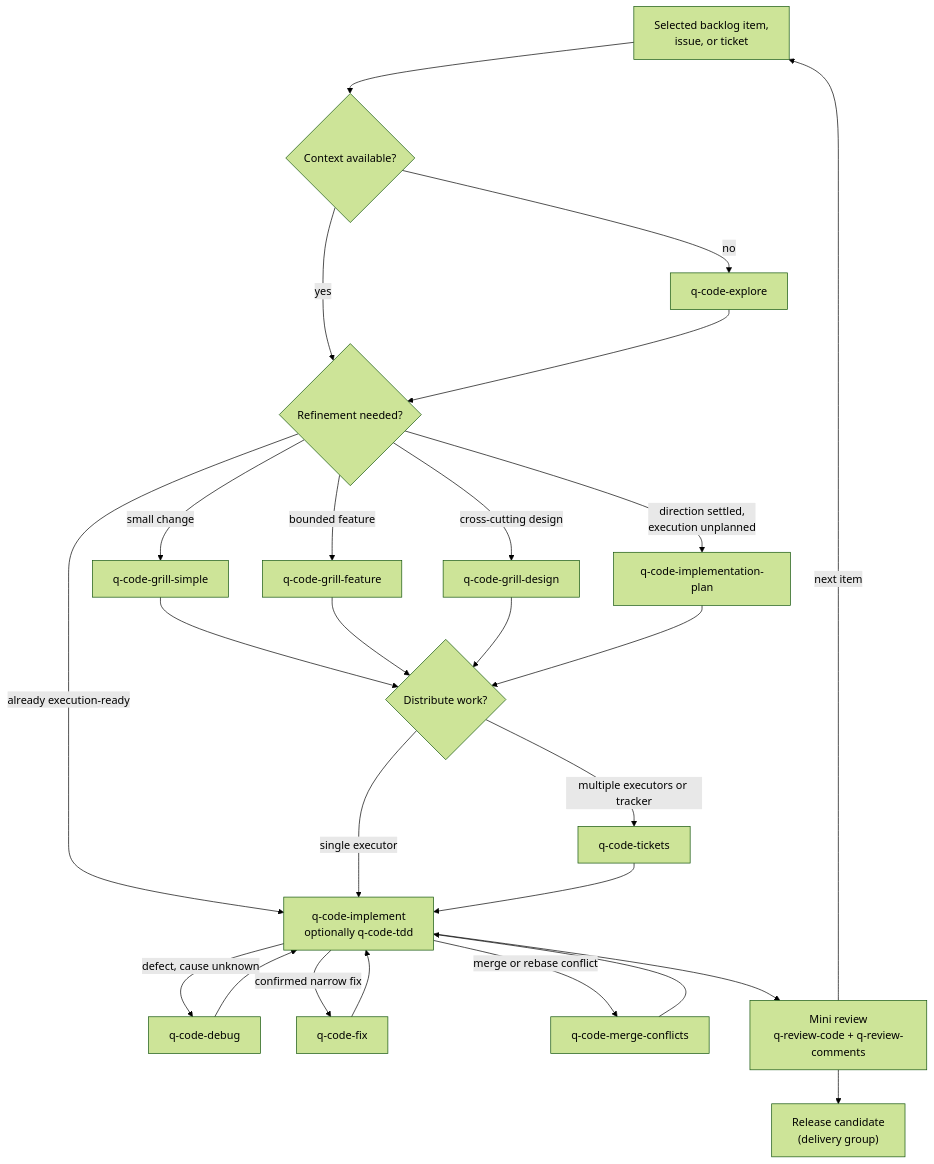
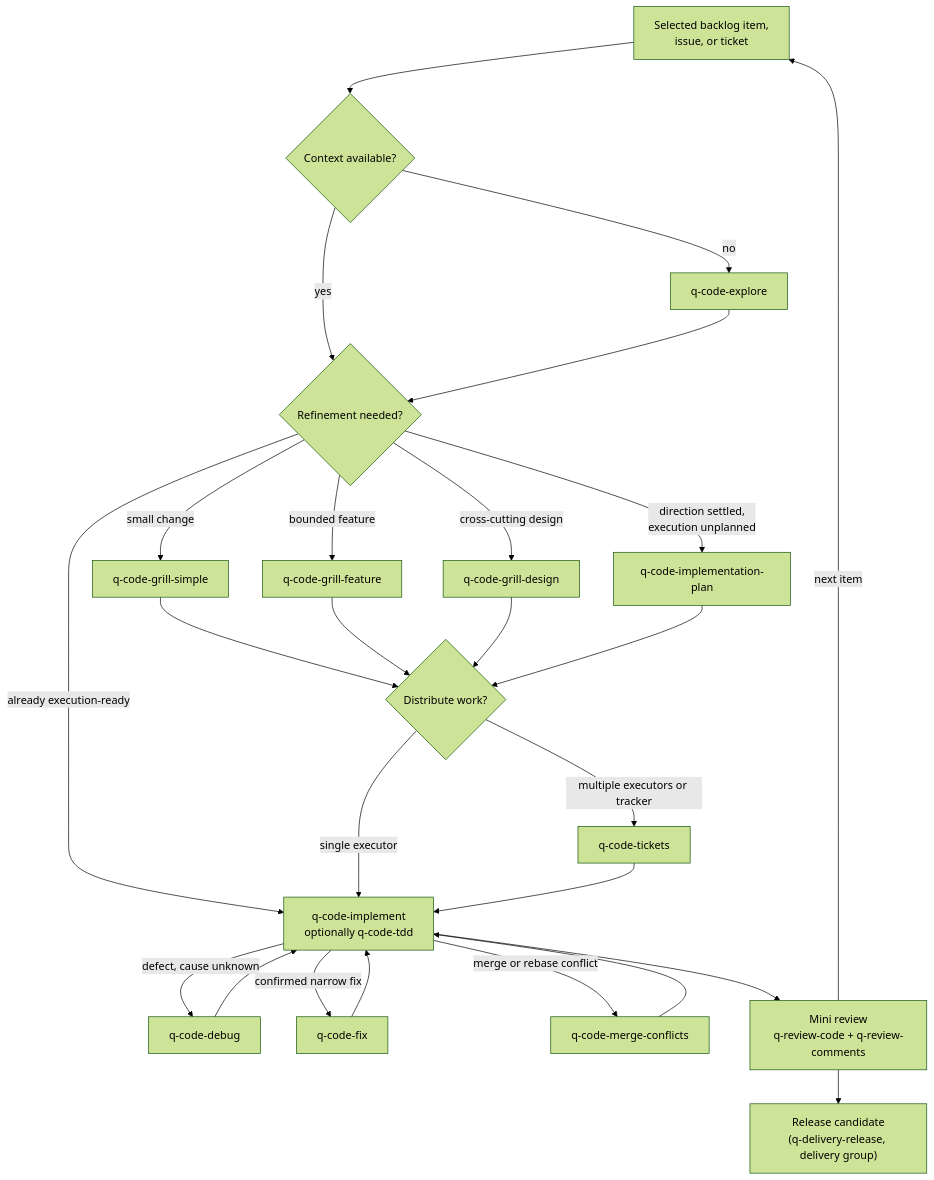
The diagram in skills/code/README.md (flaviogragnolati/ai-workflow), drawn with Mermaid (forest theme) before and after one commit. The commit also changed 19 other files, not shown here.

Commit message:
Feat: close gap in delivery - release workflow

````diff
--- a/skills/code/README.md
+++ b/skills/code/README.md
@@ -9,28 +9,28 @@
 ```mermaid
 flowchart TB
     SEL["Selected backlog item,<br/>issue, or ticket"] --> OR{"Context available?"}
     OR -->|"no"| EX["q-code-explore"]
     OR -->|"yes"| RF{"Refinement needed?"}
     EX --> RF
     RF -->|"small change"| G1["q-code-grill-simple"]
     RF -->|"bounded feature"| G2["q-code-grill-feature"]
     RF -->|"cross-cutting design"| G3["q-code-grill-design"]
     RF -->|"direction settled,<br/>execution unplanned"| IP["q-code-implementation-plan"]
     RF -->|"already execution-ready"| IM["q-code-implement<br/>optionally q-code-tdd"]
     G1 --> TK{"Distribute work?"}
     G2 --> TK
     G3 --> TK
     IP --> TK
     TK -->|"multiple executors or tracker"| TI["q-code-tickets"]
     TK -->|"single executor"| IM
     TI --> IM
     IM -->|"defect, cause unknown"| DB["q-code-debug"]
     IM -->|"confirmed narrow fix"| FX["q-code-fix"]
     IM -->|"merge or rebase conflict"| MC["q-code-merge-conflicts"]
     DB --> IM
     FX --> IM
     MC --> IM
     IM --> MR["Mini review<br/>q-review-code + q-review-comments"]
     MR -->|"next item"| SEL
-    MR --> RC["Release candidate<br/>(delivery group)"]
+    MR --> RC["Release candidate<br/>(q-delivery-release, delivery group)"]
 ```
````
